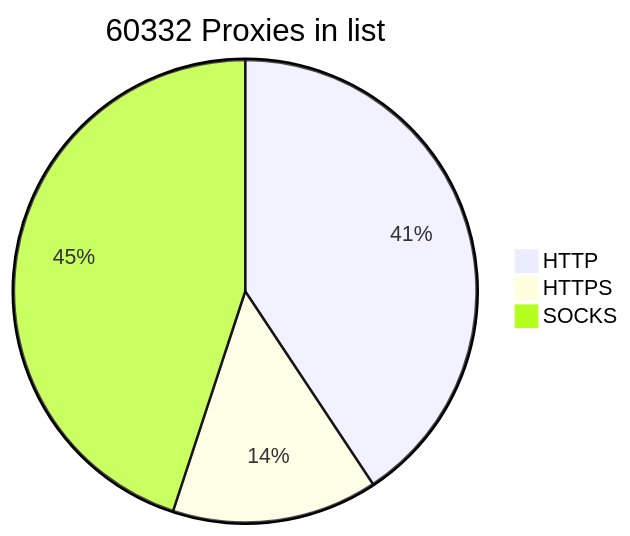
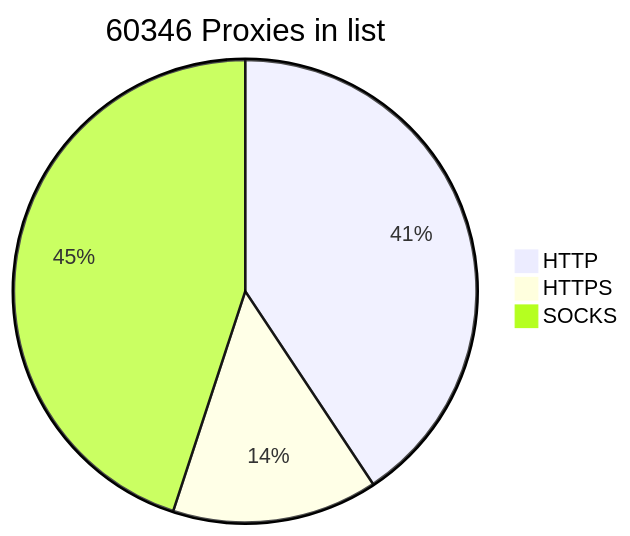
One commit to BlackSnowDot/proxylist-update-every-minute changed the diagram in README.md. Above: the diagram before and after it, drawn with Mermaid.

````diff
--- a/README.md
+++ b/README.md
@@ -2,6 +2,6 @@
 ```mermaid
-pie title 60332 Proxies in list
-    "HTTP" : 27779
-    "HTTPS": 9803
-    "SOCKS" : 30688
+pie title 60346 Proxies in list
+    "HTTP" : 27781
+    "HTTPS": 9804
+    "SOCKS" : 30700
 ```
````
